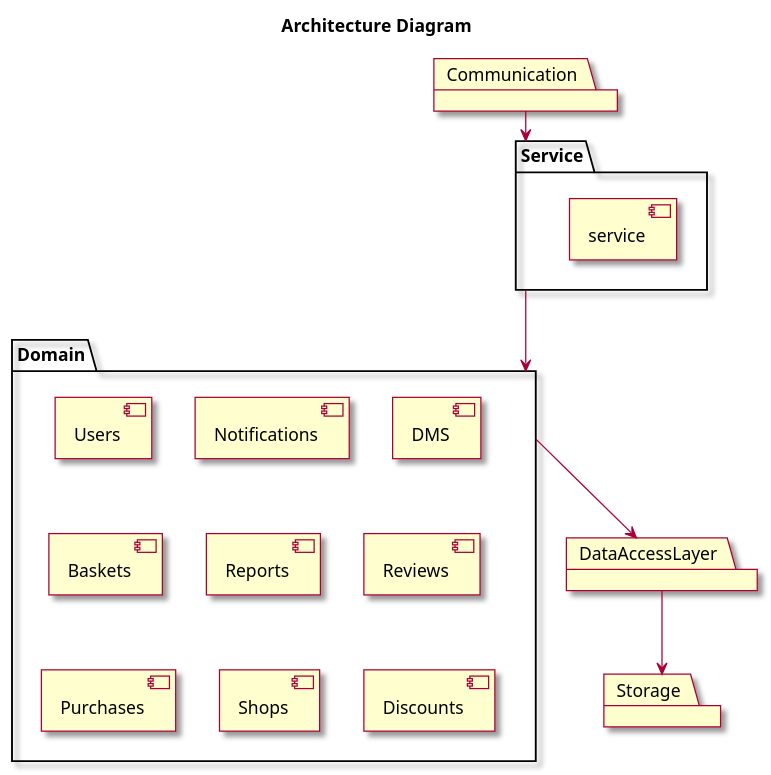
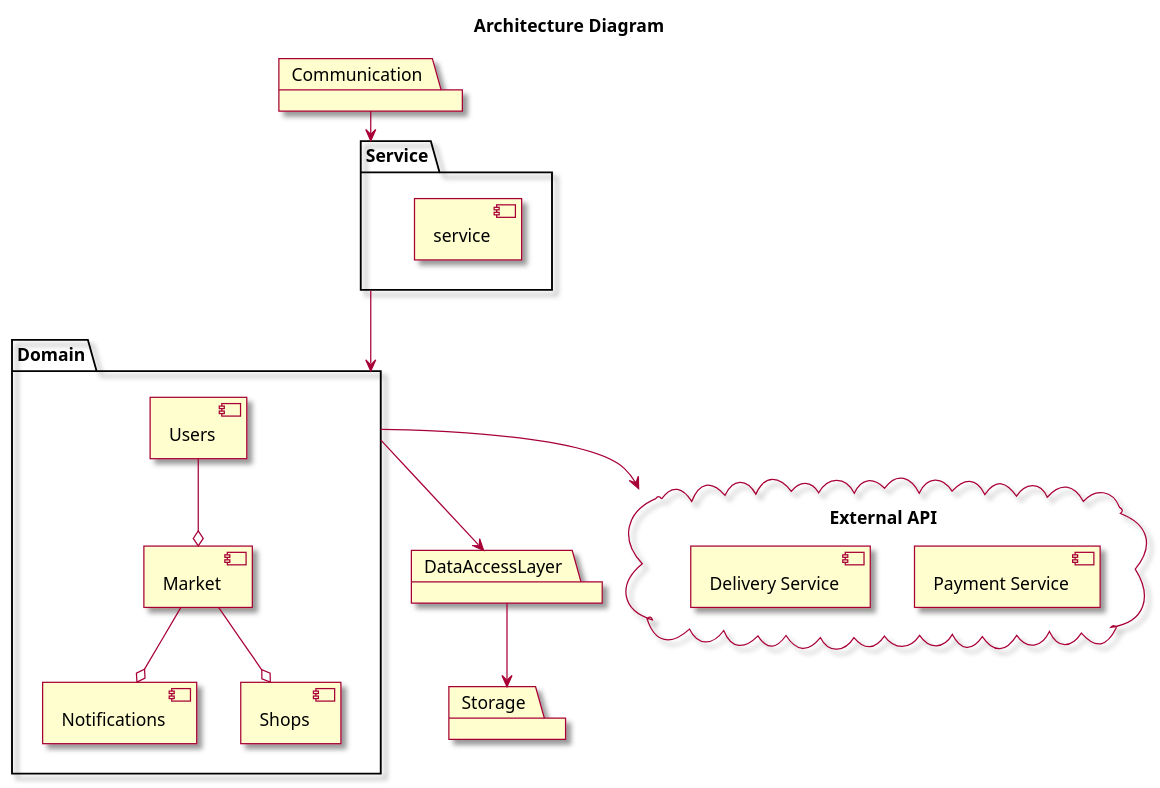
The diagram in Docs/Version 0/Architecture_Diagram.puml (BatelBB/Workshop-on-Software-Engineering-Project), drawn with PlantUML before and after one commit. The commit also changed 1 other file, not shown here.

Commit message:
Finished architecture diagram

```diff
--- a/Docs/Version 0/Architecture_Diagram.puml
+++ b/Docs/Version 0/Architecture_Diagram.puml
@@ -1,42 +1,49 @@
 @startuml
 
 skin rose
 
 title Architecture Diagram
 
 package "Communication" {
 }
 
 package "Service" {
     component [service]
 }
 
 package "Domain"{
   component [Users]
   component [Notifications]
-  component [DMS]
-  component [Baskets]
-  component [Reports]
-  component [Users]
-  component [Reviews]
-  component [Purchases]
   component [Shops]
-  component [Discounts]
+  component [Market]
 }
 
 package "DataAccessLayer"{
 
 }
 
 package "Storage"{
 
 }
 
+cloud "External API" as API{
+  component [Payment Service]
+  component [Delivery Service]
+} 
+
+
 Service -down-> Domain
 Communication -down-> Service
 Domain -down-> DataAccessLayer
 DataAccessLayer -down-> Storage
 
+Users --o Market
+
+Market --o Shops
+Market --o Notifications
+
+
+Domain -down-> API
 
 
 @enduml
```
